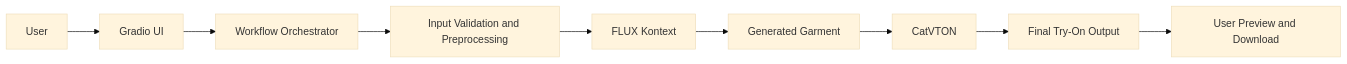
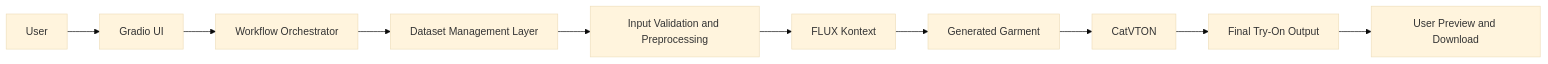
One commit to vahinie1106/FabricVision-AI changed the first of 9 diagrams in docs/Architecture.md. Above: the diagram before and after it, drawn with Mermaid (base theme). The commit also changed other lines of this file and 40 other files, not shown here.

Commit message:
feat: add preprocessing and dataset management foundation with documentation updates

````diff
--- a/docs/Architecture.md
+++ b/docs/Architecture.md
@@ -54,11 +56,12 @@
 ```mermaid
 flowchart LR
     A[User] --> B[Gradio UI]
     B --> C[Workflow Orchestrator]
-    C --> D[Input Validation and Preprocessing]
-    D --> E[FLUX Kontext]
-    E --> F[Generated Garment]
-    F --> G[CatVTON]
-    G --> H[Final Try-On Output]
-    H --> I[User Preview and Download]
+    C --> D[Dataset Management Layer]
+    D --> E[Input Validation and Preprocessing]
+    E --> F[FLUX Kontext]
+    F --> G[Generated Garment]
+    G --> H[CatVTON]
+    H --> I[Final Try-On Output]
+    I --> J[User Preview and Download]
 ```
````
